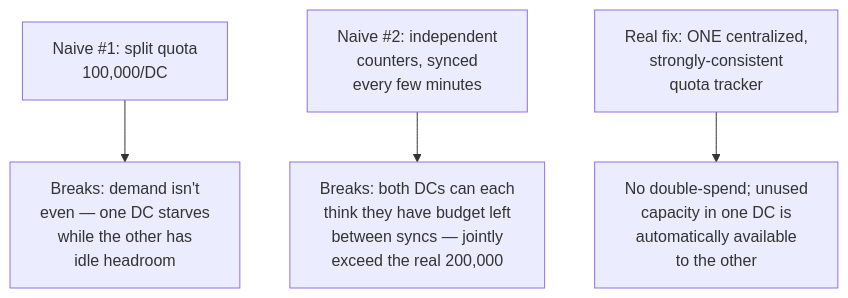
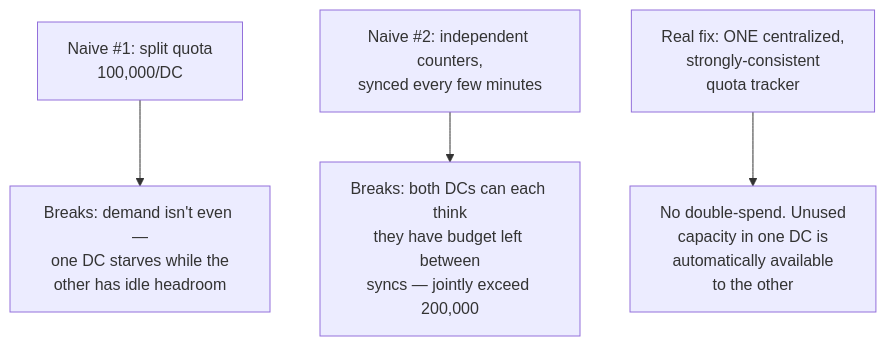
Before and after one commit to riyaz-pasha/Learnings: the tenth of 13 diagrams in system-design/HLD/0-course/50-National-ID-KYC-Verification-System-FAANG-Guide-story.md, drawn with Mermaid. The commit also changed other lines of this file and 1 other file, not shown here.

Commit message:
[REWRITE] National ID KYC Verification story guide: simplify prose, add structure, fix diagrams

````diff
--- a/system-design/HLD/0-course/50-National-ID-KYC-Verification-System-FAANG-Guide-story.md
+++ b/system-design/HLD/0-course/50-National-ID-KYC-Verification-System-FAANG-Guide-story.md
@@ -394,6 +596,6 @@
 ```mermaid
 flowchart TD
-    A["Naive #1: split quota\n100,000/DC"] --> A2["Breaks: demand isn't\neven — one DC starves\nwhile the other has\nidle headroom"]
-    B["Naive #2: independent\ncounters, synced\nevery few minutes"] --> B2["Breaks: both DCs can each\nthink they have budget left\nbetween syncs — jointly\nexceed the real 200,000"]
-    C["Real fix: ONE centralized,\nstrongly-consistent\nquota tracker"] --> C2["No double-spend; unused\ncapacity in one DC is\nautomatically available\nto the other"]
+    A["Naive #1: split quota<br/>100,000/DC"] --> A2["Breaks: demand isn't even —<br/>one DC starves while the<br/>other has idle headroom"]
+    B["Naive #2: independent counters,<br/>synced every few minutes"] --> B2["Breaks: both DCs can each think<br/>they have budget left between<br/>syncs — jointly exceed 200,000"]
+    C["Real fix: ONE centralized,<br/>strongly-consistent<br/>quota tracker"] --> C2["No double-spend. Unused<br/>capacity in one DC is<br/>automatically available<br/>to the other"]
 ```
````
